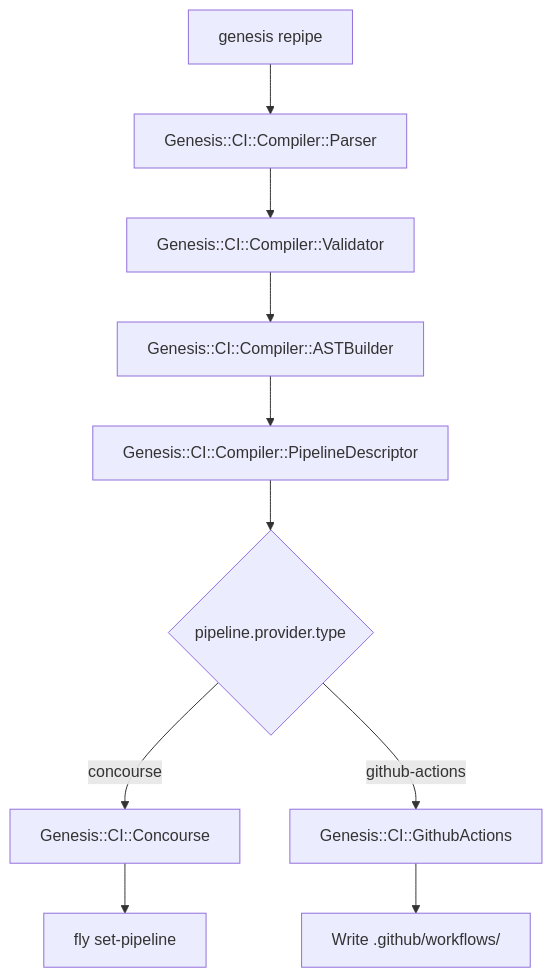
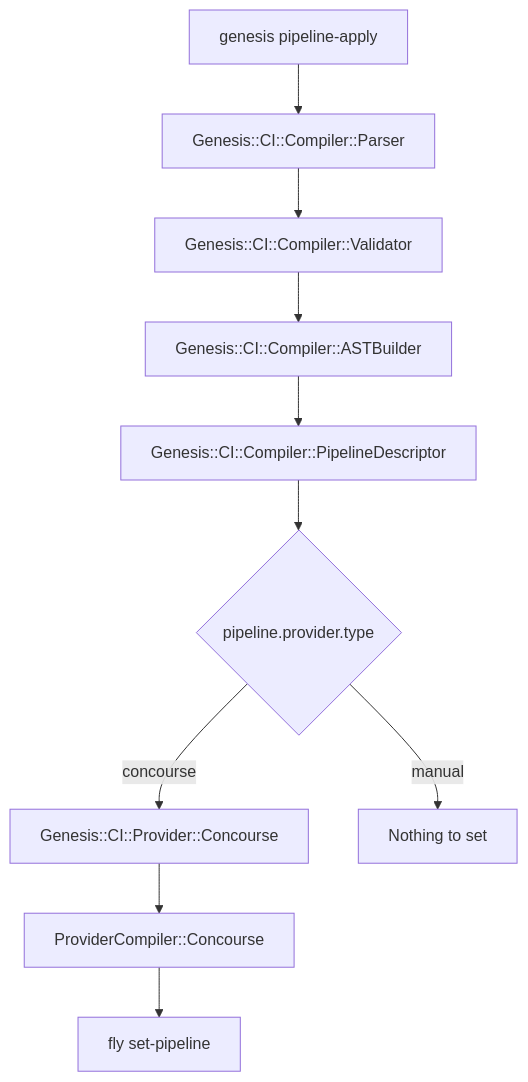
The diagram in docs/ci/user/cli-commands.md (RubidiumStudios/genesis), drawn with Mermaid before and after one commit. The commit also changed 6 other files, not shown here.

````diff
--- a/docs/ci/user/cli-commands.md
+++ b/docs/ci/user/cli-commands.md
@@ -188,12 +188,12 @@
 ```mermaid
 flowchart TD
-    A[genesis repipe] --> H[Genesis::CI::Compiler::Parser]
+    A[genesis pipeline-apply] --> H[Genesis::CI::Compiler::Parser]
     H --> I[Genesis::CI::Compiler::Validator]
     I --> J[Genesis::CI::Compiler::ASTBuilder]
     J --> K[Genesis::CI::Compiler::PipelineDescriptor]
     K --> L{pipeline.provider.type}
-    L -->|concourse| M[Genesis::CI::Concourse]
-    L -->|github-actions| N[Genesis::CI::GithubActions]
-    M --> G[fly set-pipeline]
-    N --> O[Write .github/workflows/]
+    L -->|concourse| M[Genesis::CI::Provider::Concourse]
+    L -->|manual| P[Nothing to set]
+    M --> Q[ProviderCompiler::Concourse]
+    Q --> G[fly set-pipeline]
 ```
````
